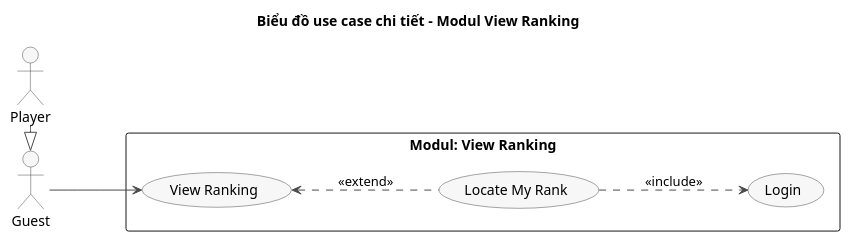
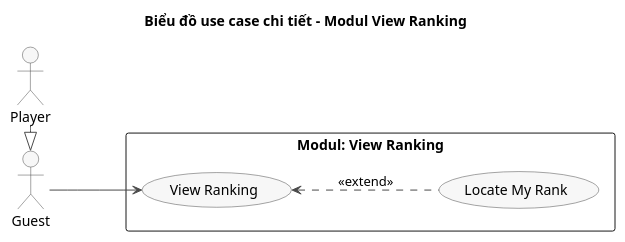
Before and after one commit to VattenL/mobile-pikachu: the diagram in docs/uml/pha1/uc-m2-view-ranking.puml, drawn with PlantUML. The commit also changed 73 other files, not shown here.

```diff
--- a/docs/uml/pha1/uc-m2-view-ranking.puml
+++ b/docs/uml/pha1/uc-m2-view-ranking.puml
@@ -1,33 +1,31 @@
 @startuml uc-m2-view-ranking
 title Biểu đồ use case chi tiết - Modul View Ranking
 
 left to right direction
 skinparam linetype polyline
 skinparam packageStyle rectangle
 skinparam shadowing false
 skinparam nodesep 25
 skinparam ranksep 90
 skinparam usecase {
   BackgroundColor #F7F7F7
   BorderColor #4A4A4A
   ArrowColor #4A4A4A
 }
 skinparam actor {
   BackgroundColor #F7F7F7
   BorderColor #4A4A4A
 }
 
 actor "Guest" as Guest
 actor "Player" as Player
 
 rectangle "Modul: View Ranking" {
   usecase "View Ranking" as UC04
   usecase "Locate My Rank" as UC04_1
-  usecase "Login" as UC02
 }
 
 Player -|> Guest
 Guest --> UC04
 UC04 <.. UC04_1 : <<extend>>
-UC04_1 ..> UC02 : <<include>>
 @enduml
```
